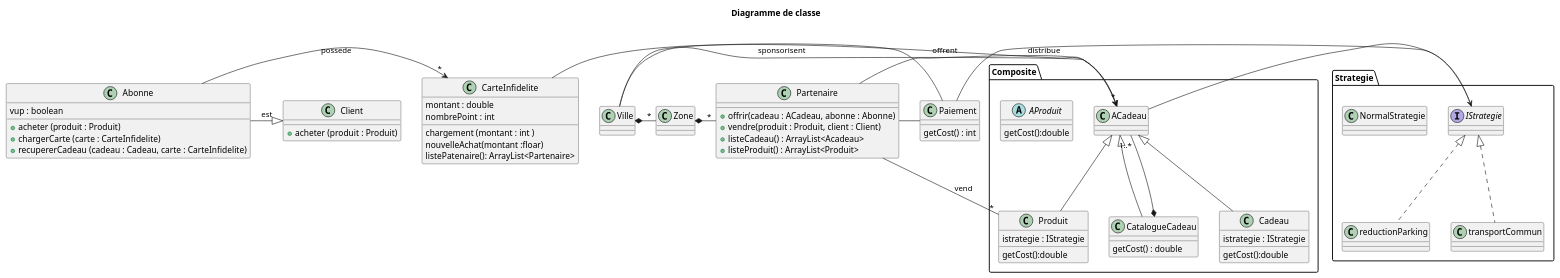
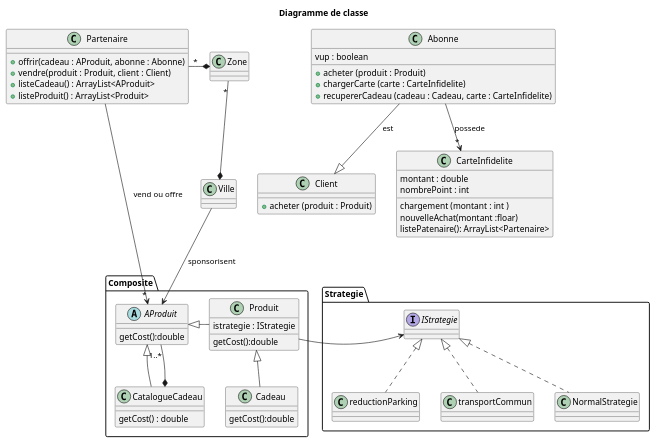
One commit to ZeroAbsolue/infidelite changed the first of 6 diagrams in Readme.puml. Above: the diagram before and after it, drawn with PlantUML. The commit also changed other lines of this file and 5 other files, not shown here.

Commit message:
Mise a jour du diagramme de classe et debut de la justification des choix de conceptionÈ

```diff
--- a/Readme.puml
+++ b/Readme.puml
@@ -1,85 +1,76 @@
 @startuml
 title Diagramme de classe
 ' skinparam linetype ortho
 
 class Partenaire{
 
-    + offrir(cadeau : ACadeau, abonne : Abonne)
+    + offrir(cadeau : AProduit, abonne : Abonne)
     + vendre(produit : Produit, client : Client)
-    + listeCadeau() : ArrayList<Acadeau>
+    + listeCadeau() : ArrayList<AProduit>
     + listeProduit() : ArrayList<Produit>
-}
-
-class Paiement{
-    getCost() : int
 }
 
 class Zone{}
 
 class Abonne{
     vup : boolean
     + acheter (produit : Produit)
     + chargerCarte (carte : CarteInfidelite)
     + recupererCadeau (cadeau : Cadeau, carte : CarteInfidelite)
 }
 
 class Client{
     + acheter (produit : Produit)
 }
 
 class CarteInfidelite{
     montant : double
     nombrePoint : int
     chargement (montant : int )
     nouvelleAchat(montant :floar)
     listePatenaire(): ArrayList<Partenaire>
 }
 class Ville
 
 package Composite{
     abstract  AProduit{
         getCost():double
     }
     class Produit{
         istrategie : IStrategie
         getCost():double
     }
     class CatalogueCadeau{
         getCost() : double
     }
     class Cadeau{
-        istrategie : IStrategie
         getCost():double
     }
-    Produit -up-|> ACadeau
-    Cadeau -up-|> ACadeau
-    CatalogueCadeau -up-|> ACadeau
-    CatalogueCadeau *-up- "1..*" ACadeau
+    Produit -left-|> AProduit
+    Cadeau -up-|> Produit
+    CatalogueCadeau -up-|> AProduit
+    CatalogueCadeau *-up- "1..*" AProduit
 }
 
 
 package Strategie{
     class reductionParking
     class transportCommun
     class NormalStrategie
     interface IStrategie
-    reductionParking ..up|> IStrategie
-    transportCommun ..up|> IStrategie
+    reductionParking .up.|> IStrategie
+    NormalStrategie .up.|> IStrategie
+    transportCommun .up.|> IStrategie
 }
 
-Abonne -down> "*"CarteInfidelite : possede
-Abonne -right|> Client : est
+Abonne --> "*"CarteInfidelite : possede
+Abonne --|> Client : est
 
-Ville -> ACadeau : sponsorisent
-Ville *- "*" Zone
-Zone *- "*" Partenaire
-CarteInfidelite -right> ACadeau : distribue
-Partenaire -> "*" ACadeau : offrent
-Partenaire - "*" Produit : vend
-ACadeau -> IStrategie
-Partenaire - Paiement
-Ville - Paiement
-Paiement - IStrategie
+Ville -down-> AProduit : sponsorisent
+Ville *-up- "*" Zone
+Zone *-left- "*" Partenaire
+Partenaire -> "*" AProduit : vend ou offre
+Produit -> IStrategie
 
 
 @enduml
```
